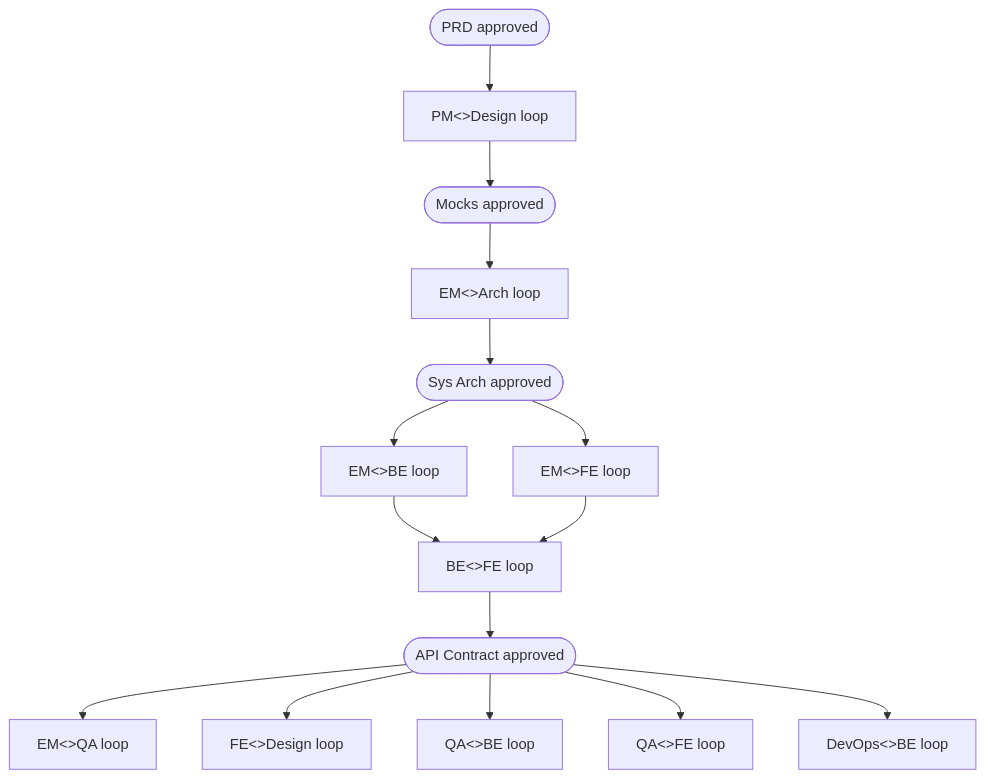
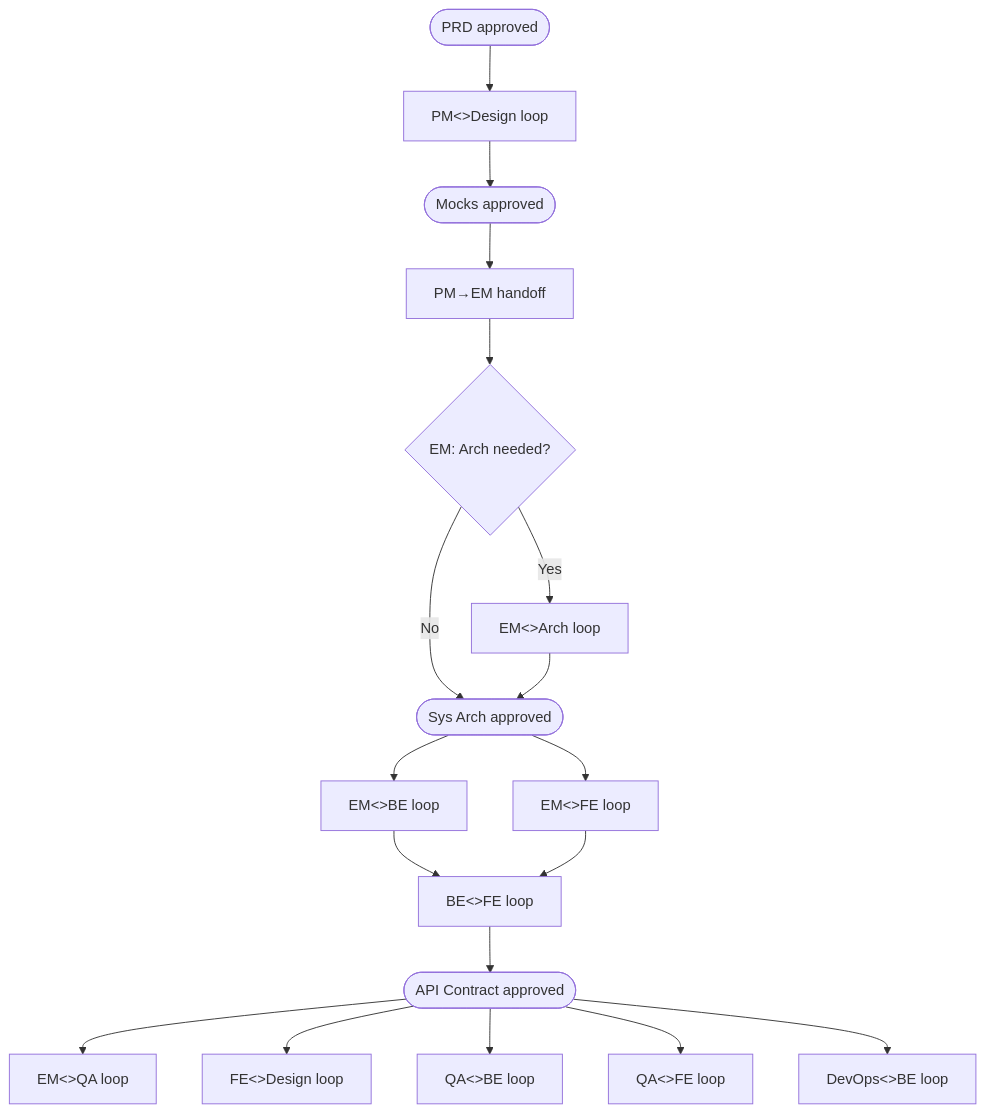
Before and after one commit to sans-github/agents: the diagram in .claude/rules/collaboration-loops-rule.md, drawn with Mermaid. The commit also changed other lines of this file, not shown here.

Commit message:
add PM→EM handoff loop with arch engagement decision before EM<>Arch loop

````diff
--- a/.claude/rules/collaboration-loops-rule.md
+++ b/.claude/rules/collaboration-loops-rule.md
@@ -9,17 +9,20 @@
 ```mermaid
 flowchart TD
     A([PRD approved]) --> PD[PM<>Design loop]
     PD --> B([Mocks approved])
-    B --> EA[EM<>Arch loop]
+    B --> EH[PM→EM handoff]
+    EH --> ED{EM: Arch needed?}
+    ED -- Yes --> EA[EM<>Arch loop]
+    ED -- No --> C
     EA --> C([Sys Arch approved])
     C --> EB[EM<>BE loop]
     C --> EF[EM<>FE loop]
     EB --> BF[BE<>FE loop]
     EF --> BF
     BF --> D([API Contract approved])
     D --> EQ[EM<>QA loop]
     D --> FD[FE<>Design loop]
     D --> QB[QA<>BE loop]
     D --> QF[QA<>FE loop]
     D --> DB[DevOps<>BE loop]
 ```
````
